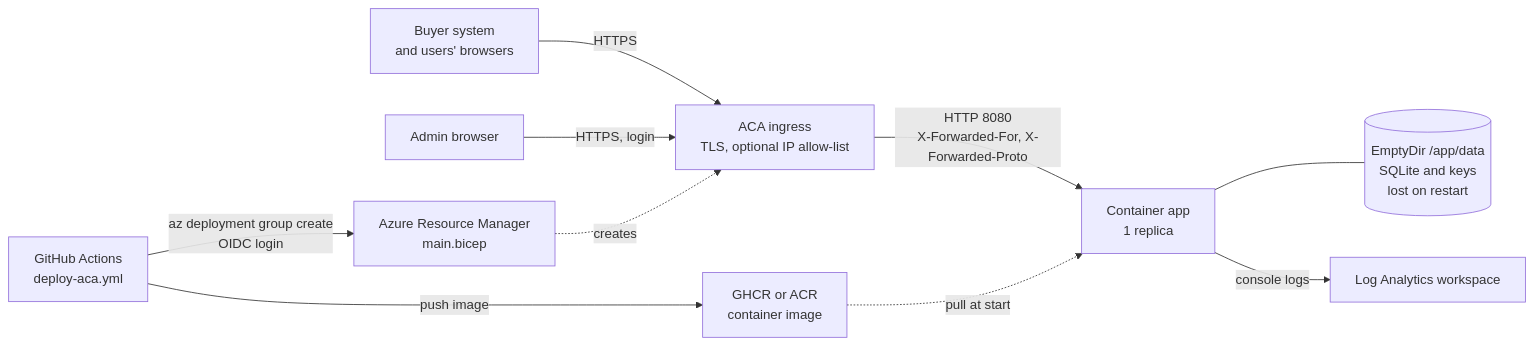
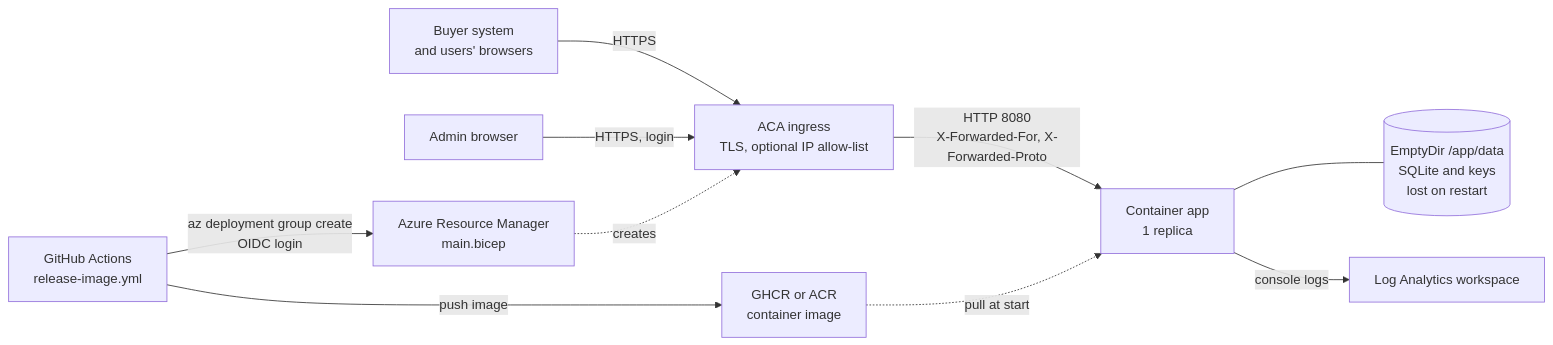
The first of 2 diagrams in docs/deployment/README.md (mthpbs/cxml-dev-server), drawn with Mermaid before and after one commit. The commit also changed other lines of this file and 5 other files, not shown here.

First line of the commit message:
Add GHCR release-image workflow, make ACA deploy manual, bump actions to node24 majors

````diff
--- a/docs/deployment/README.md
+++ b/docs/deployment/README.md
@@ -49,12 +49,12 @@
 ```mermaid
 flowchart LR
     buyer["Buyer system<br/>and users' browsers"] -->|HTTPS| ingress["ACA ingress<br/>TLS, optional IP allow-list"]
     admin["Admin browser"] -->|HTTPS, login| ingress
     ingress -->|"HTTP 8080<br/>X-Forwarded-For, X-Forwarded-Proto"| app["Container app<br/>1 replica"]
     app --- data[("EmptyDir /app/data<br/>SQLite and keys<br/>lost on restart")]
     app -->|console logs| logs["Log Analytics workspace"]
     ghcr["GHCR or ACR<br/>container image"] -.->|pull at start| app
-    gha["GitHub Actions<br/>deploy-aca.yml"] -->|"push image"| ghcr
+    gha["GitHub Actions<br/>release-image.yml"] -->|"push image"| ghcr
     gha -->|"az deployment group create<br/>OIDC login"| arm["Azure Resource Manager<br/>main.bicep"]
     arm -.->|creates| ingress
 ```
````
